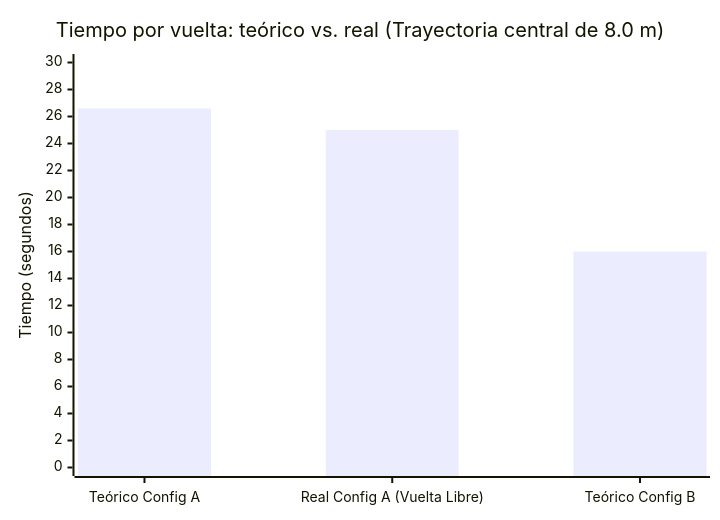
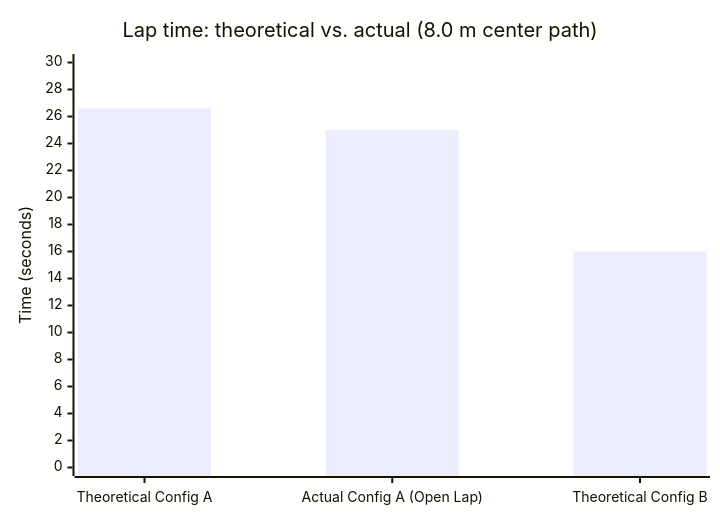
One commit to erchivox/Prometheus-Team-2026 changed the eighth of 18 diagrams in README.md. Above: the diagram before and after it, drawn with Mermaid. The commit also changed other lines of this file and 8 other files, not shown here.

````diff
--- a/README.md
+++ b/README.md
@@ -1323,7 +1323,7 @@
 ```mermaid
 xychart-beta
-    title "Tiempo por vuelta: teórico vs. real (Trayectoria central de 8.0 m)"
-    x-axis ["Teórico Config A", "Real Config A (Vuelta Libre)", "Teórico Config B"]
-    y-axis "Tiempo (segundos)" 0 --> 30
+    title "Lap time: theoretical vs. actual (8.0 m center path)"
+    x-axis ["Theoretical Config A", "Actual Config A (Open Lap)", "Theoretical Config B"]
+    y-axis "Time (seconds)" 0 --> 30
     bar [26.6, 25.0, 16.0]
 ```
````
